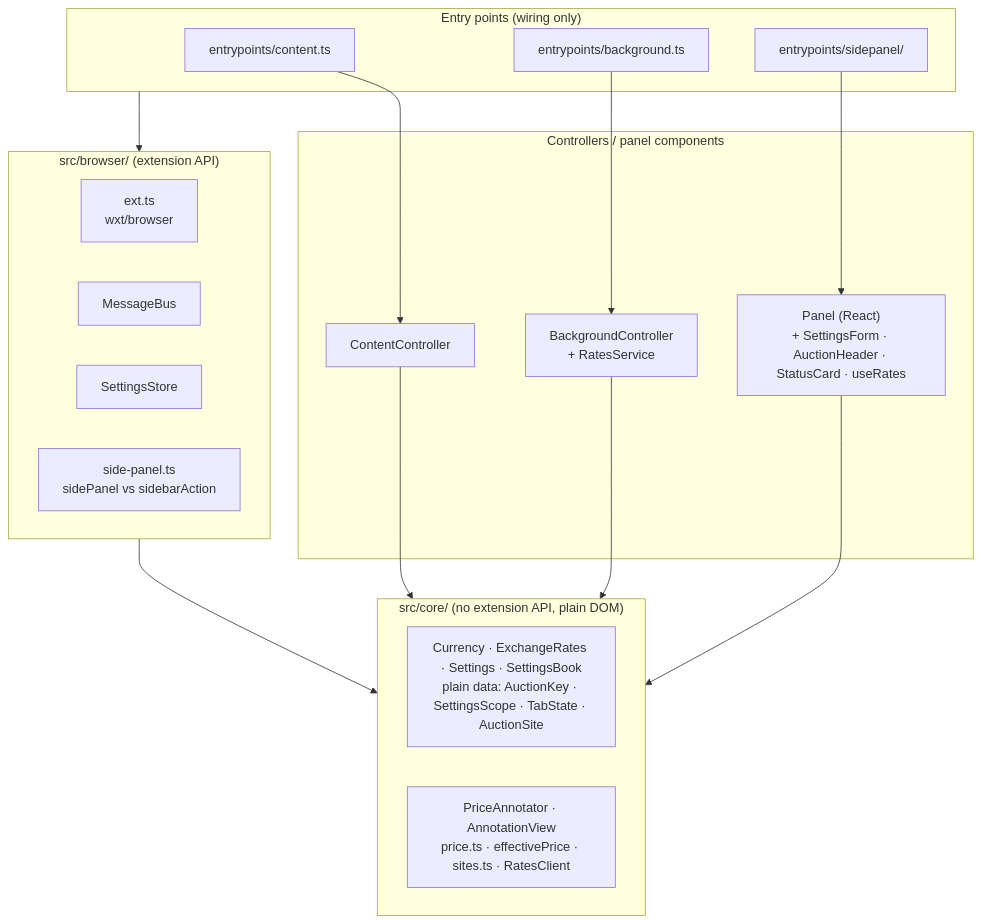
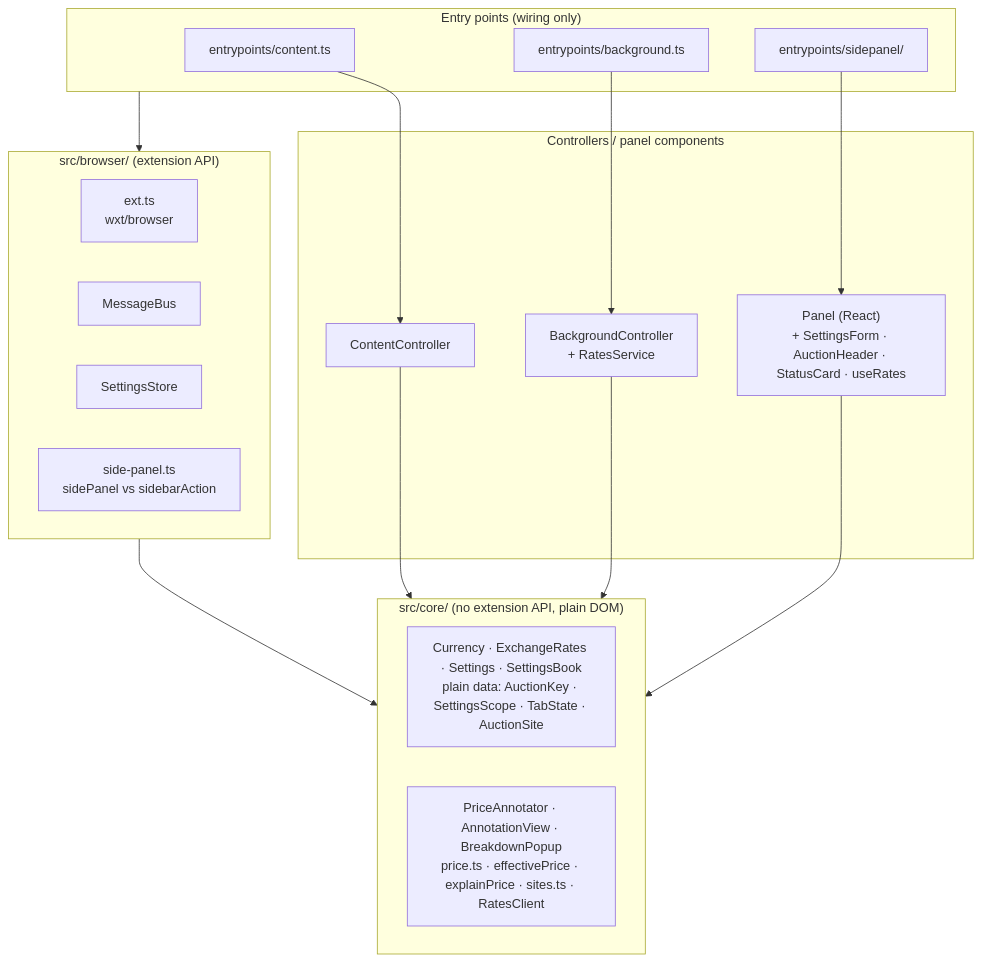
The first of 8 diagrams in docs/architecture.md (radyak/minerva-browserplugin), drawn with Mermaid before and after one commit. The commit also changed other lines of this file and 16 other files, not shown here.

````diff
--- a/docs/architecture.md
+++ b/docs/architecture.md
@@ -15,32 +15,32 @@
 ```mermaid
 flowchart TB
   subgraph entry["Entry points (wiring only)"]
     content_js["entrypoints/content.ts"]
     background_js["entrypoints/background.ts"]
     panel_js["entrypoints/sidepanel/"]
   end
   subgraph controllers["Controllers / panel components"]
     CC["ContentController"]
     BC["BackgroundController<br/>+ RatesService"]
     PC["Panel (React)<br/>+ SettingsForm · AuctionHeader · StatusCard · useRates"]
   end
   subgraph browser["src/browser/ (extension API)"]
     ext["ext.ts<br/>wxt/browser"]
     bus["MessageBus"]
     store["SettingsStore"]
     side["side-panel.ts<br/>sidePanel vs sidebarAction"]
   end
   subgraph core["src/core/ (no extension API, plain DOM)"]
     domain["Currency · ExchangeRates · Settings · SettingsBook<br/>plain data: AuctionKey · SettingsScope · TabState · AuctionSite"]
-    logic["PriceAnnotator · AnnotationView<br/>price.ts · effectivePrice · sites.ts · RatesClient"]
+    logic["PriceAnnotator · AnnotationView · BreakdownPopup<br/>price.ts · effectivePrice · explainPrice · sites.ts · RatesClient"]
   end
 
   content_js --> CC
   background_js --> BC
   panel_js --> PC
   entry --> browser
   CC --> core
   BC --> core
   PC --> core
   browser --> core
 ```
````
